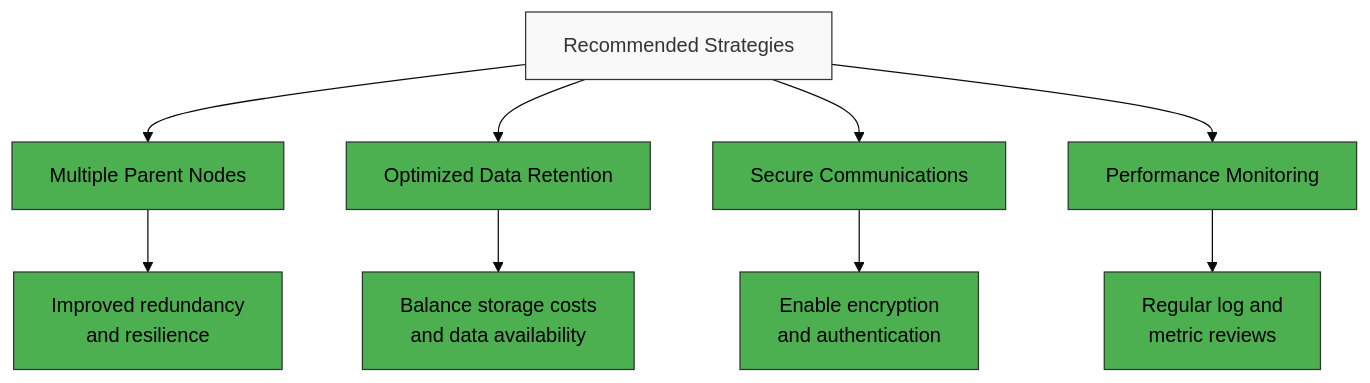
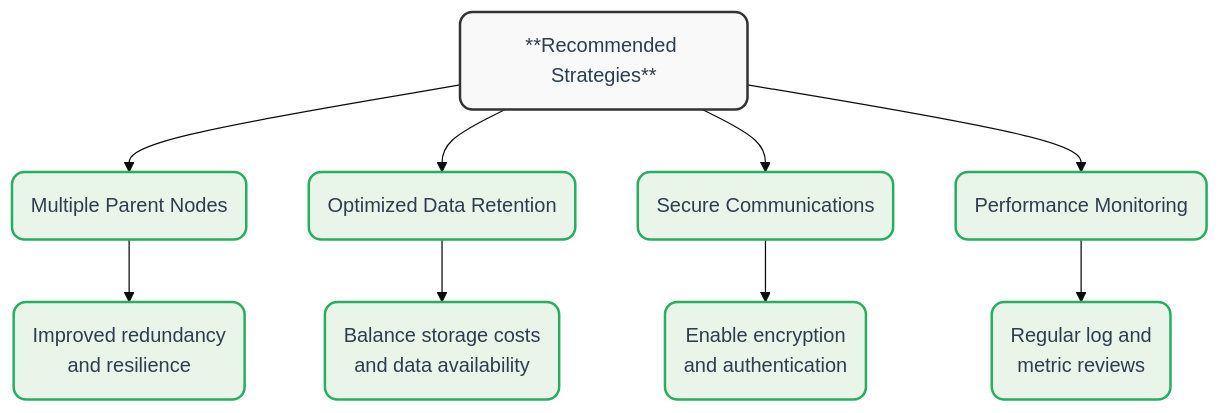
The second of 2 diagrams in src/streaming/README.md (netdata/netdata), drawn with Mermaid (base theme) before and after one commit. The commit also changed other lines of this file and 7 other files, not shown here.

````diff
--- a/src/streaming/README.md
+++ b/src/streaming/README.md
@@ -105,17 +129,40 @@
 ```mermaid
-graph TD
-    A[Recommended Strategies] --> B[Multiple Parent Nodes]
-    A --> C[Optimized Data Retention]
-    A --> D[Secure Communications]
-    A --> E[Performance Monitoring]
-    
-    B --> B1[Improved redundancy<br>and resilience]
-    C --> C1[Balance storage costs<br>and data availability]
-    D --> D1[Enable encryption<br>and authentication]
-    E --> E1[Regular log and<br>metric reviews]
-    
-classDef default fill:#f9f9f9,stroke:#333,stroke-width:1px,color:#333;
-classDef green fill:#4caf50,stroke:#333,stroke-width:1px,color:black;
-class A default;
-class B,C,D,E,B1,C1,D1,E1 green;
+flowchart TB
+    A[A]
+    B[B]
+    C[C]
+    D[D]
+    E[E]
+    B1[B1]
+    C1[C1]
+    D1[D1]
+    E1[E1]
+    A("**Recommended Strategies**")
+    B("Multiple Parent Nodes")
+    C("Optimized Data Retention")
+    D("Secure Communications")
+    E("Performance Monitoring")
+    B1("Improved redundancy<br/>and resilience")
+    C1("Balance storage costs<br/>and data availability")
+    D1("Enable encryption<br/>and authentication")
+    E1("Regular log and<br/>metric reviews")
+    A --> B
+    A --> C
+    A --> D
+    A --> E
+    B --> B1
+    C --> C1
+    D --> D1
+    E --> E1
+    classDef default fill: #f9f9f9, stroke: #333, stroke-width: 2px, color: #2c3e50, rx: 10, ry: 10
+    classDef strategies fill: #e8f5e8, stroke: #27ae60, stroke-width: 2px, color: #2c3e50, rx: 10, ry: 10
+    class A default
+    class B strategies
+    class C strategies
+    class D strategies
+    class E strategies
+    class B1 strategies
+    class C1 strategies
+    class D1 strategies
+    class E1 strategies
 ```
````
